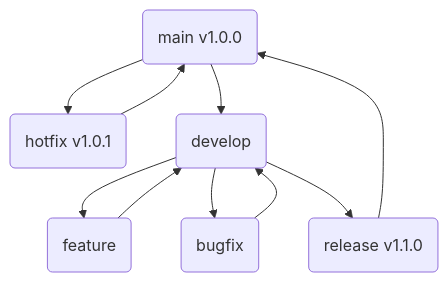
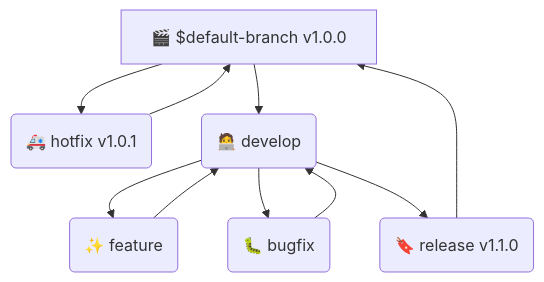
Before and after one commit to Knerd/github-actions: the diagram in README.md, drawn with Mermaid. The commit also changed other lines of this file, not shown here.

````diff
--- a/README.md
+++ b/README.md
@@ -3,20 +3,16 @@
 ```mermaid
 flowchart TB
-
 
 A-->H-->A
 D-->F-->D
 D-->B-->D
 D-->R
 R-->A-->D
 
-D("develop")
-R("release v1.1.0")
-F("feature")
-B("bugfix")
-A("main v1.0.0")
-H("hotfix v1.0.1")
-
-
-
+D("🧑‍💻 develop")
+R("🔖 release v1.1.0")
+F("✨ feature")
+B("🐛 bugfix")
+A["🎬 $default-branch v1.0.0"]
+H("🚑 hotfix v1.0.1")
 ```
````
